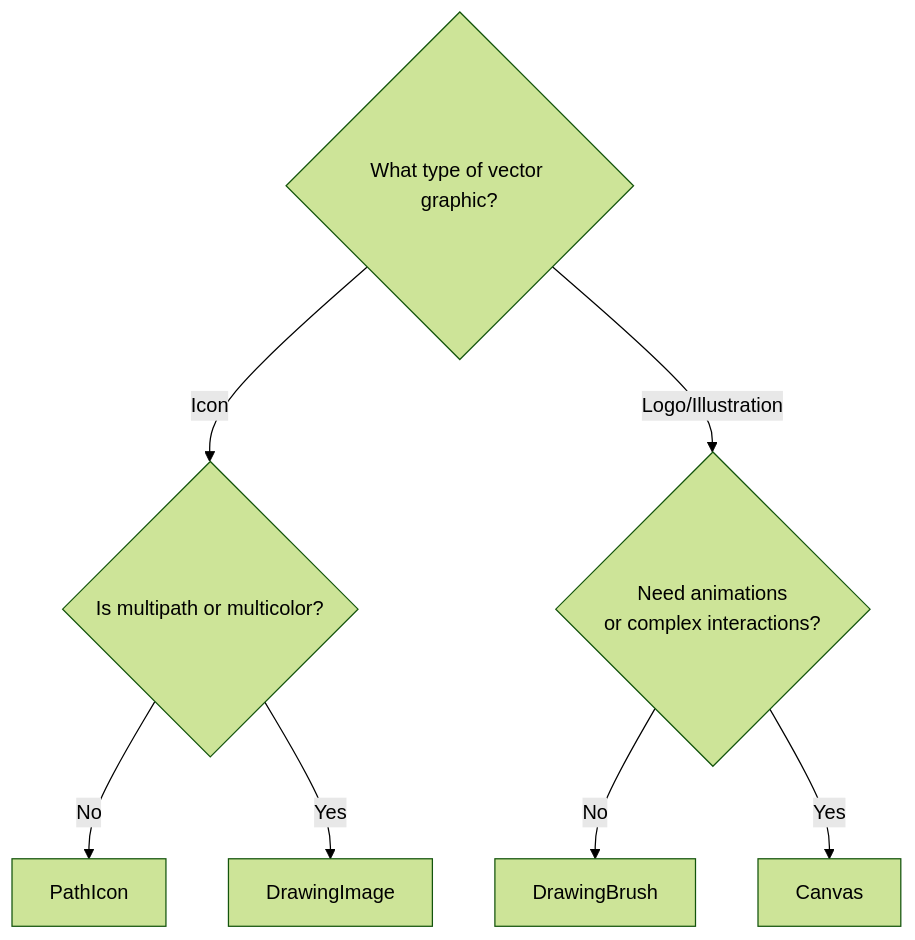
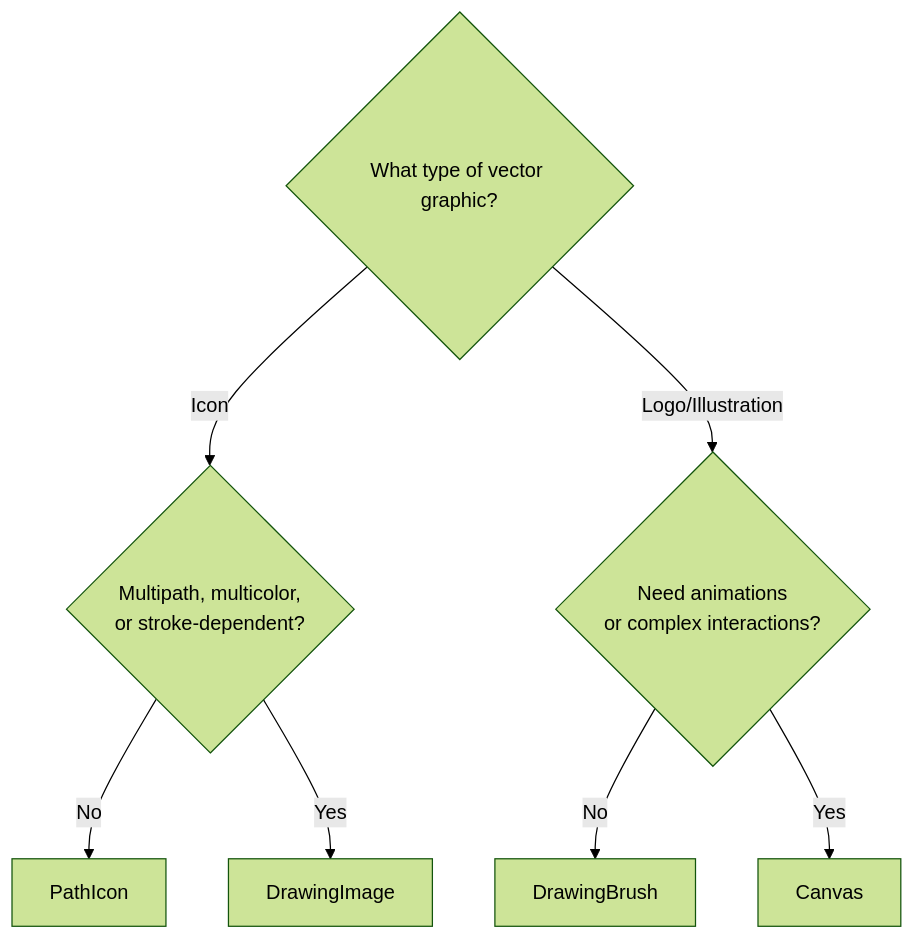
The second of 3 diagrams in README.md (ent3m/xvgo), drawn with Mermaid (forest theme) before and after one commit.

````diff
--- a/README.md
+++ b/README.md
@@ -84,12 +84,12 @@
 ```mermaid
 flowchart TD
     Start{What type of vector graphic?}
     
-    Start -->|Icon| Complexity{Is multipath or multicolor?}
+    Start -->|Icon| Complexity{Multipath, multicolor,<br/>or stroke-dependent?}
     Complexity --> |No| PathIcon
     Complexity --> |Yes| DrawingImage
     
     Start -->|Logo/Illustration| Animation{Need animations<br/>or complex interactions?}
     Animation -->|No| DrawingBrush
     Animation -->|Yes| Canvas
 ```
````
